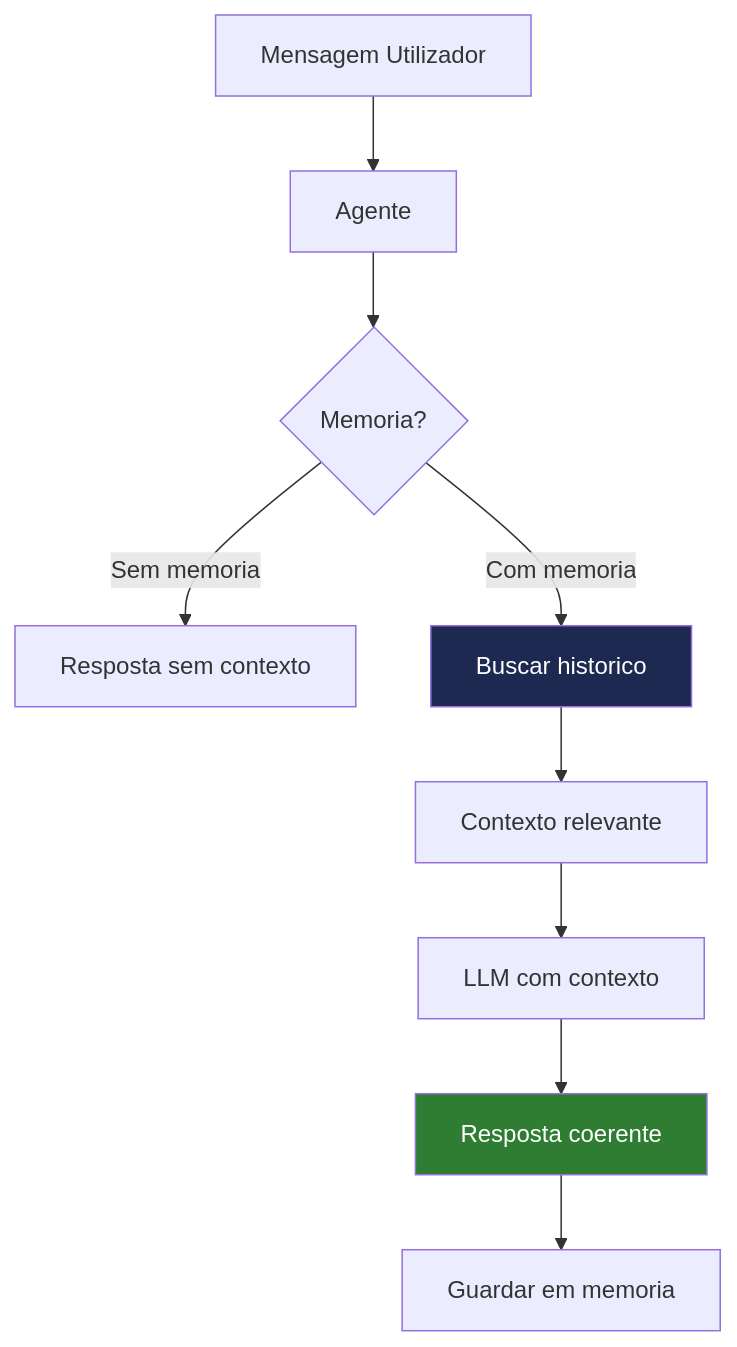
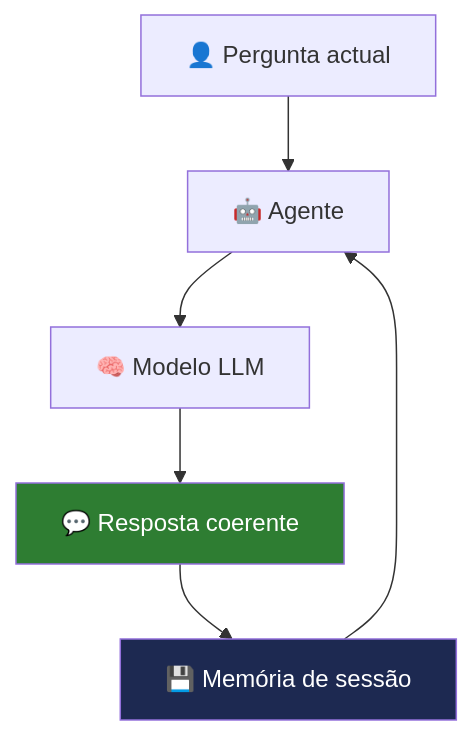
One commit to icpmtech/empresaiq-ebook changed the diagram in docs/19-memoria-conversacional.md. Above: the diagram before and after it, drawn with Mermaid. The commit also changed other lines of this file and 24 other files, not shown here.

````diff
--- a/docs/19-memoria-conversacional.md
+++ b/docs/19-memoria-conversacional.md
@@ -9,13 +27,10 @@
 ```mermaid
 graph TD
-    A[Mensagem Utilizador] --> B[Agente]
-    B --> C{Memoria?}
-    C -->|Sem memoria| D[Resposta sem contexto]
-    C -->|Com memoria| E[Buscar historico]
-    E --> F[Contexto relevante]
-    F --> G[LLM com contexto]
-    G --> H[Resposta coerente]
-    H --> I[Guardar em memoria]
-    style E fill:#1D2951,color:#fff
-    style H fill:#2E7D32,color:#fff
+    A["👤 Pergunta actual"] --> B["🤖 Agente"]
+    M["💾 Memória de sessão"] --> B
+    B --> C["🧠 Modelo LLM"]
+    C --> D["💬 Resposta coerente"]
+    D --> M
+    style M fill:#1D2951,color:#fff
+    style D fill:#2E7D32,color:#fff
 ```
````
